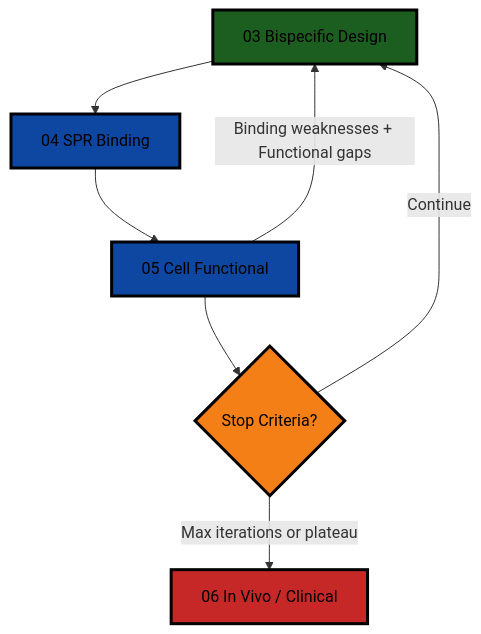
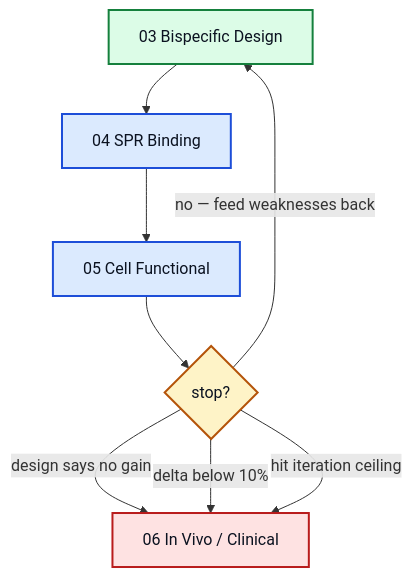
The second of 3 diagrams in README.md (peterydkim/drug-discovery-bispecific-agents), drawn with Mermaid before and after one commit. The commit also changed other lines of this file and 1 other file, not shown here.

````diff
--- a/README.md
+++ b/README.md
@@ -124,18 +128,19 @@
 ```mermaid
 flowchart TD
     A["03 Bispecific Design"] --> B["04 SPR Binding"]
     B --> C["05 Cell Functional"]
-    C -->|"Binding weaknesses + Functional gaps"| A
-    C --> D{"Stop Criteria?"}
-    D -->|"Max iterations or plateau"| E["06 In Vivo / Clinical"]
-    D -->|"Continue"| A
+    C --> D{"stop?"}
+    D -->|"no — feed weaknesses back"| A
+    D -->|"design says no gain"| E["06 In Vivo / Clinical"]
+    D -->|"delta below 10%"| E
+    D -->|"hit iteration ceiling"| E
 
-    classDef design fill:#1B5E20,stroke:#000000,stroke-width:3px,color:#000000
-    classDef data fill:#0D47A1,stroke:#000000,stroke-width:3px,color:#000000
-    classDef decision fill:#F57F17,stroke:#000000,stroke-width:3px,color:#000000
-    classDef final fill:#C62828,stroke:#000000,stroke-width:3px,color:#000000
+    classDef design fill:#DCFCE7,stroke:#15803D,stroke-width:2px,color:#0B1220
+    classDef data fill:#DBEAFE,stroke:#1D4ED8,stroke-width:2px,color:#0B1220
+    classDef decision fill:#FEF3C7,stroke:#B45309,stroke-width:2px,color:#0B1220
+    classDef final fill:#FEE2E2,stroke:#B91C1C,stroke-width:2px,color:#0B1220
     class A design
     class B,C data
     class D decision
     class E final
 ```
````
